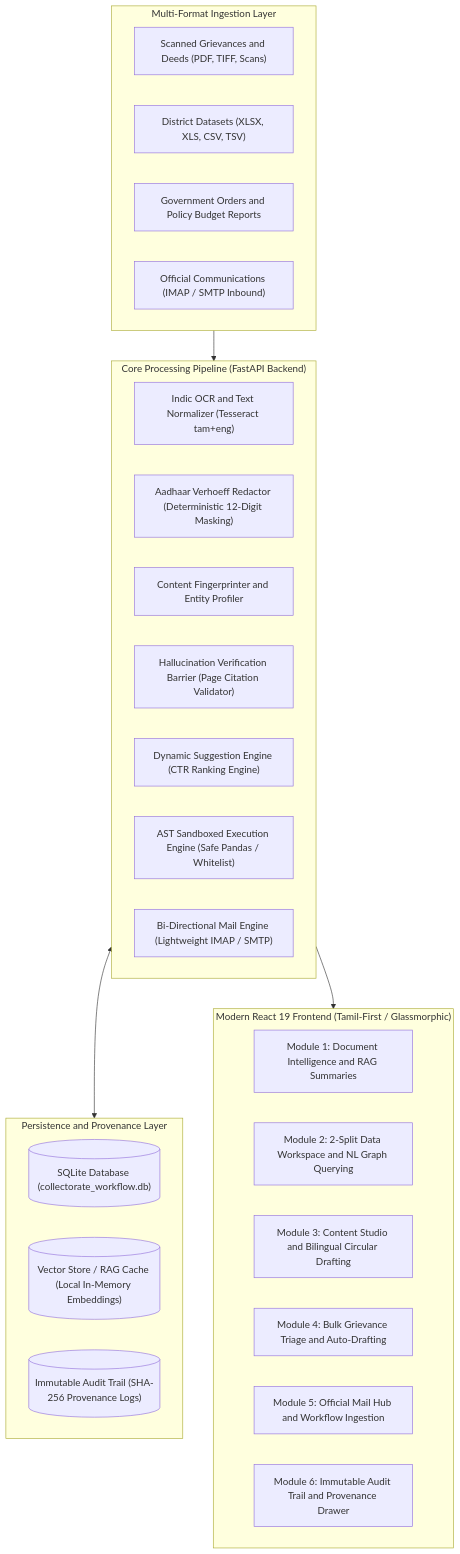
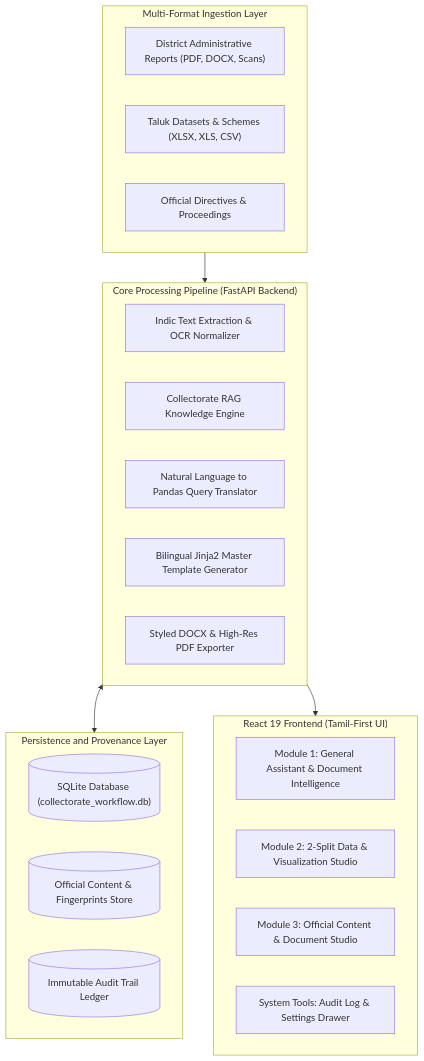
The diagram in README.md (naveencmy/erode-kural-poc), drawn with Mermaid before and after one commit. The commit also changed other lines of this file and 3 other files, not shown here.

````diff
--- a/README.md
+++ b/README.md
@@ -68,38 +60,33 @@
 ```mermaid
 graph TD
     subgraph Ingestion_Layer ["Multi-Format Ingestion Layer"]
-        A1["Scanned Grievances and Deeds (PDF, TIFF, Scans)"]
-        A2["District Datasets (XLSX, XLS, CSV, TSV)"]
-        A3["Government Orders and Policy Budget Reports"]
-        A4["Official Communications (IMAP / SMTP Inbound)"]
+        A1["District Administrative Reports (PDF, DOCX, Scans)"]
+        A2["Taluk Datasets & Schemes (XLSX, XLS, CSV)"]
+        A3["Official Directives & Proceedings"]
     end
 
     subgraph Core_Engine ["Core Processing Pipeline (FastAPI Backend)"]
-        B1["Indic OCR and Text Normalizer (Tesseract tam+eng)"]
-        B2["Aadhaar Verhoeff Redactor (Deterministic 12-Digit Masking)"]
-        B3["Content Fingerprinter and Entity Profiler"]
-        B4["Hallucination Verification Barrier (Page Citation Validator)"]
-        B5["Dynamic Suggestion Engine (CTR Ranking Engine)"]
-        B6["AST Sandboxed Execution Engine (Safe Pandas / Whitelist)"]
-        B7["Bi-Directional Mail Engine (Lightweight IMAP / SMTP)"]
+        B1["Indic Text Extraction & OCR Normalizer"]
+        B2["Collectorate RAG Knowledge Engine"]
+        B3["Natural Language to Pandas Query Translator"]
+        B4["Bilingual Jinja2 Master Template Generator"]
+        B5["Styled DOCX & High-Res PDF Exporter"]
     end
 
     subgraph Storage_Layer ["Persistence and Provenance Layer"]
         C1[("SQLite Database (collectorate_workflow.db)")]
-        C2[("Vector Store / RAG Cache (Local In-Memory Embeddings)")]
-        C3[("Immutable Audit Trail (SHA-256 Provenance Logs)")]
+        C2[("Official Content & Fingerprints Store")]
+        C3[("Immutable Audit Trail Ledger")]
     end
 
-    subgraph Presentation_Layer ["Modern React 19 Frontend (Tamil-First / Glassmorphic)"]
-        D1["Module 1: Document Intelligence and RAG Summaries"]
-        D2["Module 2: 2-Split Data Workspace and NL Graph Querying"]
-        D3["Module 3: Content Studio and Bilingual Circular Drafting"]
-        D4["Module 4: Bulk Grievance Triage and Auto-Drafting"]
-        D5["Module 5: Official Mail Hub and Workflow Ingestion"]
-        D6["Module 6: Immutable Audit Trail and Provenance Drawer"]
+    subgraph Presentation_Layer ["React 19 Frontend (Tamil-First UI)"]
+        D1["Module 1: General Assistant & Document Intelligence"]
+        D2["Module 2: 2-Split Data & Visualization Studio"]
+        D3["Module 3: Official Content & Document Studio"]
+        D4["System Tools: Audit Log & Settings Drawer"]
     end
 
     Ingestion_Layer --> Core_Engine
     Core_Engine <--> Storage_Layer
     Core_Engine --> Presentation_Layer
 ```
````
